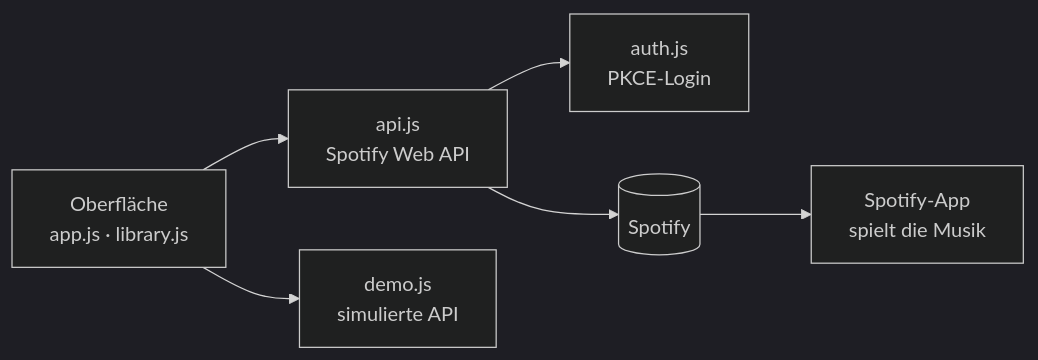
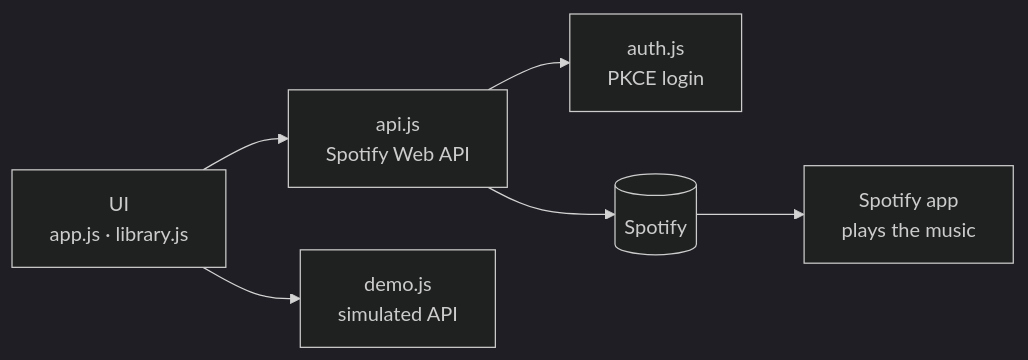
The diagram in README.md (ssh4d0ww/nachklang), drawn with Mermaid (dark theme) before and after one commit. The commit also changed other lines of this file and 18 other files, not shown here.

````diff
--- a/README.md
+++ b/README.md
@@ -47,8 +48,8 @@
 ```mermaid
 flowchart LR
-  UI["Oberfläche<br/>app.js · library.js"] --> API["api.js<br/>Spotify Web API"]
-  UI --> DEMO["demo.js<br/>simulierte API"]
-  API --> AUTH["auth.js<br/>PKCE-Login"]
+  UI["UI<br/>app.js · library.js"] --> API["api.js<br/>Spotify Web API"]
+  UI --> DEMO["demo.js<br/>simulated API"]
+  API --> AUTH["auth.js<br/>PKCE login"]
   API --> SP[("Spotify")]
-  SP --> APP["Spotify-App<br/>spielt die Musik"]
+  SP --> APP["Spotify app<br/>plays the music"]
 ```
````
